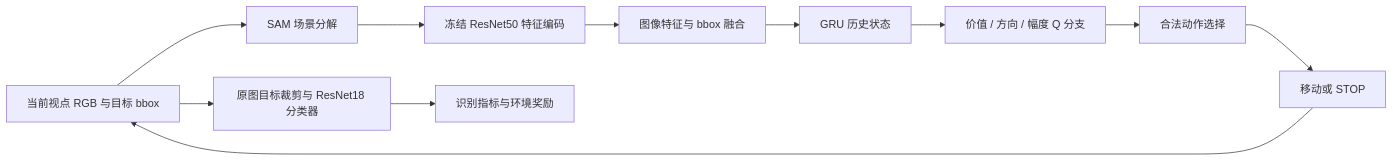
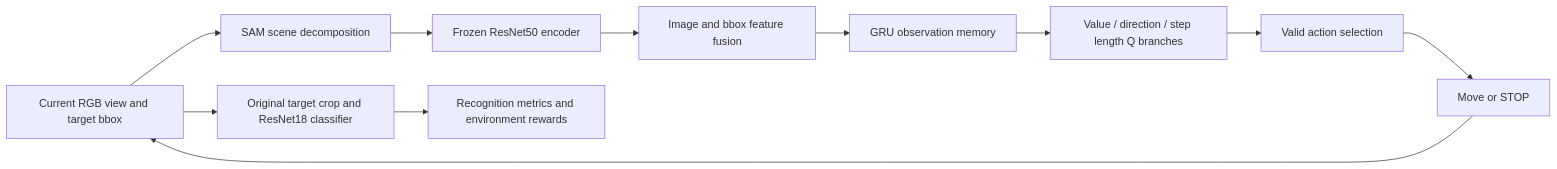
The diagram in README.md (DeepBluesL/UAV-Active-Visual-Recognition-with-Scene-Decomposition-and-Memory), drawn with Mermaid before and after one commit. The commit also changed other lines of this file and 1 other file, not shown here.

````diff
--- a/README.md
+++ b/README.md
@@ -23,13 +23,13 @@
 ```mermaid
 flowchart LR
-    A[当前视点 RGB 与目标 bbox] --> B[SAM 场景分解]
-    B --> C[冻结 ResNet50 特征编码]
-    A --> D[原图目标裁剪与 ResNet18 分类器]
-    C --> E[图像特征与 bbox 融合]
-    E --> F[GRU 历史状态]
-    F --> G[价值 / 方向 / 幅度 Q 分支]
-    G --> H[合法动作选择]
-    H --> I[移动或 STOP]
+    A[Current RGB view and target bbox] --> B[SAM scene decomposition]
+    B --> C[Frozen ResNet50 encoder]
+    A --> D[Original target crop and ResNet18 classifier]
+    C --> E[Image and bbox feature fusion]
+    E --> F[GRU observation memory]
+    F --> G[Value / direction / step length Q branches]
+    G --> H[Valid action selection]
+    H --> I[Move or STOP]
     I --> A
-    D --> J[识别指标与环境奖励]
+    D --> J[Recognition metrics and environment rewards]
 ```
````
